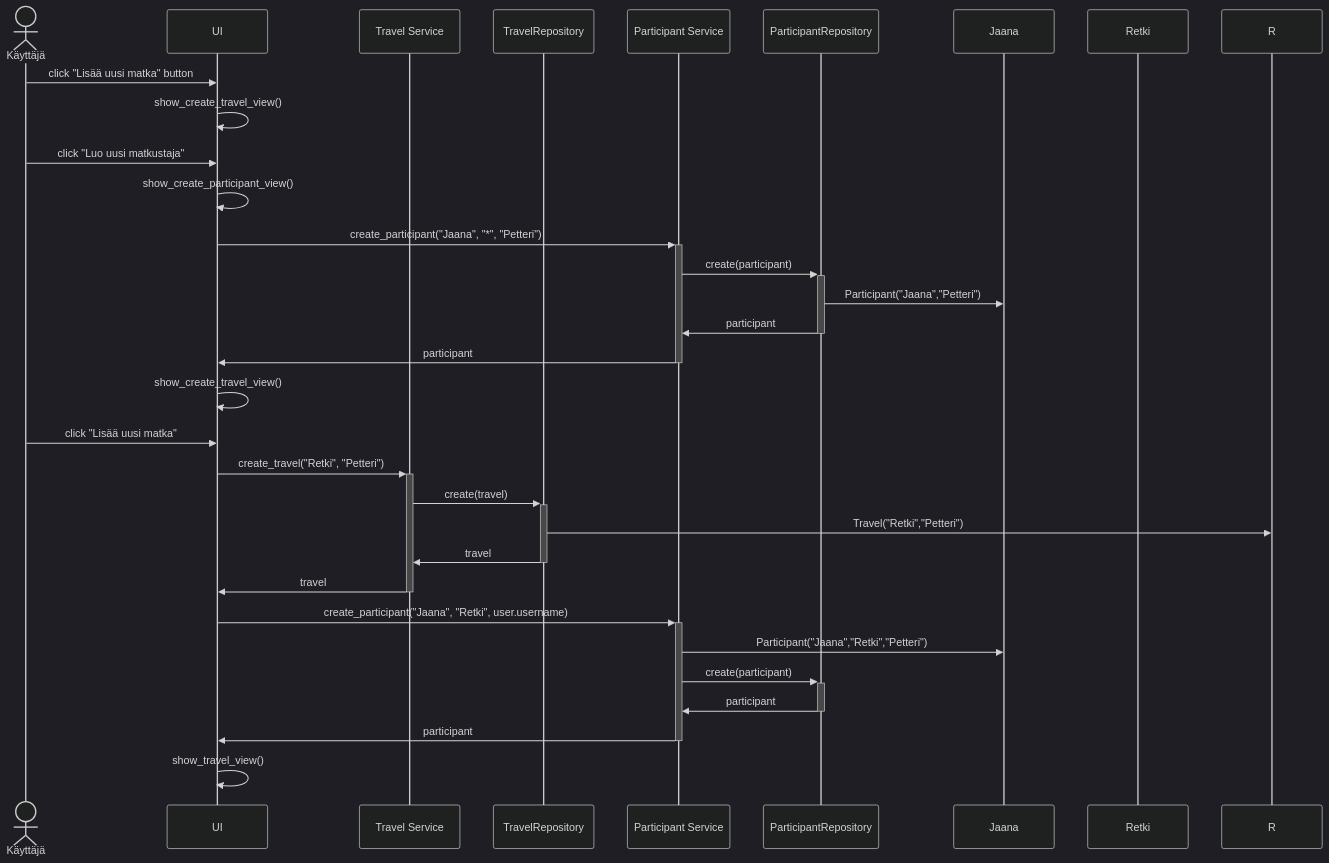
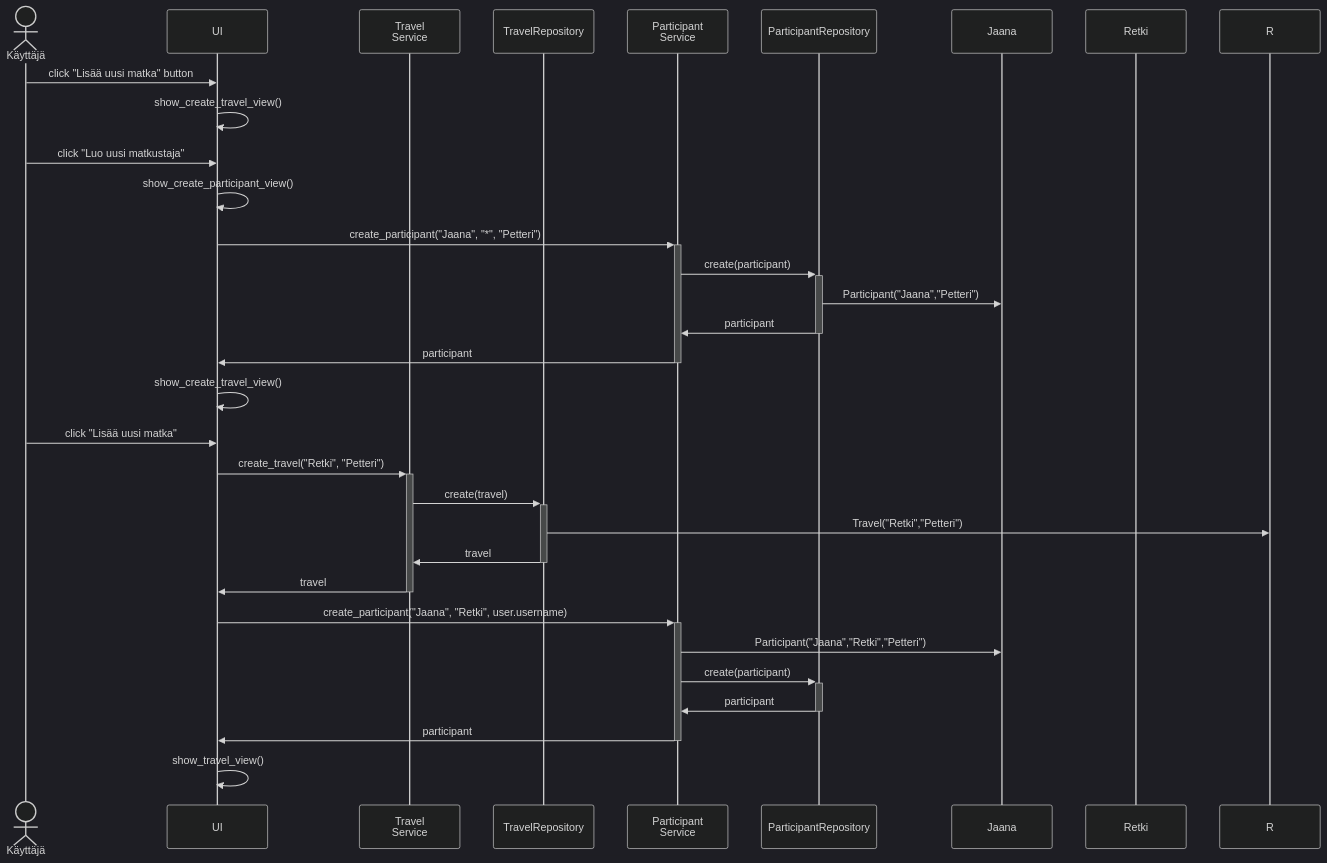
Before and after one commit to phuvio/ot-harjoitustyo: the third of 3 diagrams in travel-expense-calculator-app/dokumentaatio/arkkitehtuuri.md, drawn with Mermaid (dark theme).

````diff
--- a/travel-expense-calculator-app/dokumentaatio/arkkitehtuuri.md
+++ b/travel-expense-calculator-app/dokumentaatio/arkkitehtuuri.md
@@ -71,34 +71,34 @@
 ```mermaid
  sequenceDiagram
    Actor K as Käyttäjä
    participant U as UI
-   participant T as Travel Service
+   participant T as Travel <br> Service
    participant TR as TravelRepository
-   participant P as Participant Service
+   participant P as Participant <br> Service
    participant PR as ParticipantRepository
    participant J as Jaana
    participant M as Retki
    K->>U: click "Lisää uusi matka" button
    U->>U: show_create_travel_view()
    K->>U: click "Luo uusi matkustaja"
    U->>U: show_create_participant_view()
    U->>+P: create_participant("Jaana", "*", "Petteri")
    P->>+PR: create(participant)
    PR->>J: Participant("Jaana","Petteri")
    PR->>-P: participant
    P->>-U: participant
    U->>U: show_create_travel_view()
    K->>U: click "Lisää uusi matka"
    U->>+T: create_travel("Retki", "Petteri")
    T->>+TR: create(travel)
    TR->>R: Travel("Retki","Petteri")
    TR->>-T: travel
    T->>-U: travel
    U->>+P: create_participant("Jaana", "Retki", user.username)
    P->>J: Participant("Jaana","Retki","Petteri")
    P->>+PR: create(participant)
    PR->>-P: participant
    P->>-U: participant
    U->>U: show_travel_view()
 
 ```
````
